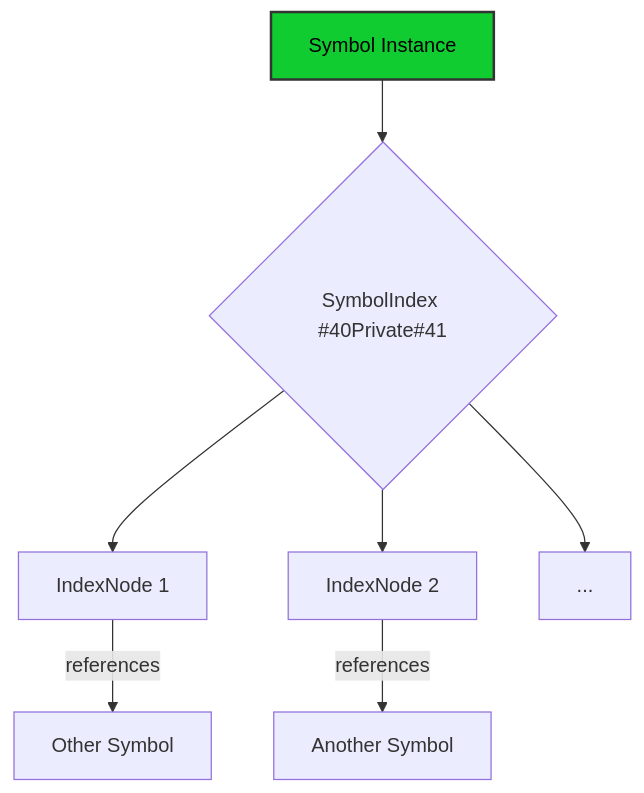
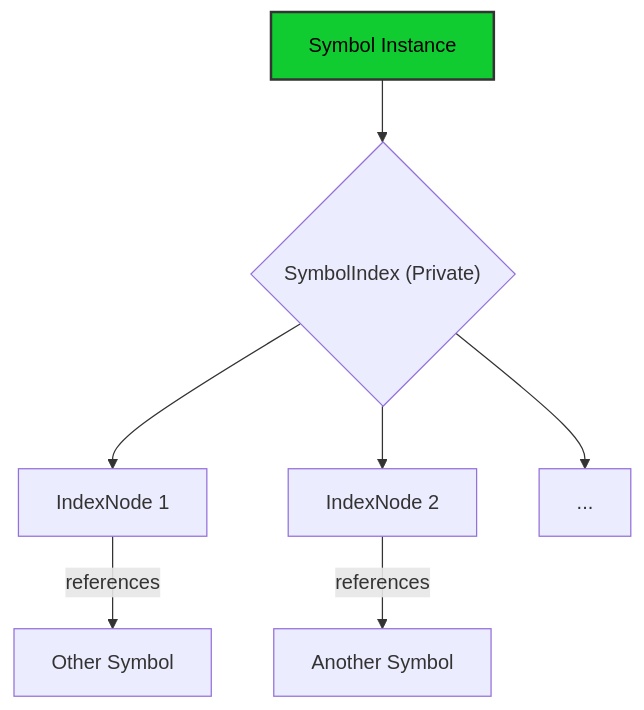
One commit to ikko/sym changed the diagram in docs/readme_details/4_per_instance_indexing/index.md. Above: the diagram before and after it, drawn with Mermaid. The commit also changed 17 other files, not shown here.

````diff
--- a/docs/readme_details/4_per_instance_indexing/index.md
+++ b/docs/readme_details/4_per_instance_indexing/index.md
@@ -9,13 +9,13 @@
 ```mermaid
 graph TD
-    A[Symbol Instance] --> B{SymbolIndex #40Private#41};
+    A[Symbol Instance] --> B{SymbolIndex #40;Private#41;};
     B --> C[IndexNode 1];
     B --> D[IndexNode 2];
     B --> E[...];
     C -- "references" --> F[Other Symbol];
     D -- "references" --> G[Another Symbol];
 
     style A fill:#10cc31,stroke:#333,stroke-width:2px,color:#000000;
 
     style A fill:#10cc31,stroke:#333,stroke-width:2px,color:#000000;
 ```
````
